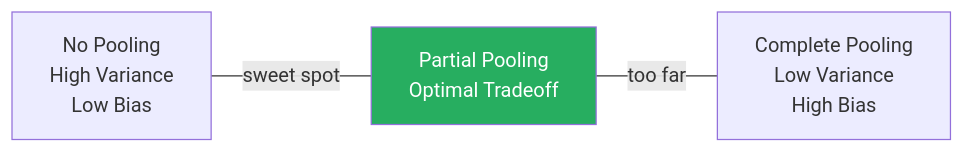
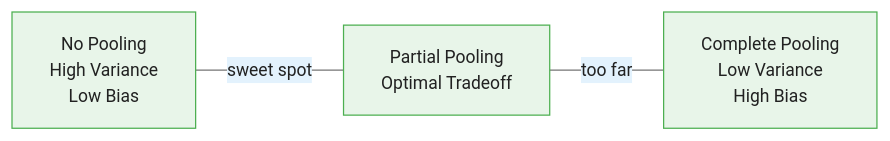
One commit to m-deane/course-creator changed the third of 4 diagrams in courses/bayesian-commodity-forecasting/modules/module_04_hierarchical/guides/01_partial_pooling_slides.md. Above: the diagram before and after it, drawn with Mermaid. The commit also changed other lines of this file and 104 other files, not shown here.

````diff
--- a/courses/bayesian-commodity-forecasting/modules/module_04_hierarchical/guides/01_partial_pooling_slides.md
+++ b/courses/bayesian-commodity-forecasting/modules/module_04_hierarchical/guides/01_partial_pooling_slides.md
@@ -253,6 +267,6 @@
 ```mermaid
+%%{init: {"theme": "base", "themeVariables": {"primaryColor": "#e8f5e9", "primaryBorderColor": "#4caf50", "primaryTextColor": "#212121", "secondaryColor": "#e3f2fd", "tertiaryColor": "#fff8e1", "lineColor": "#757575", "fontFamily": "Inter, sans-serif", "fontSize": "14px"}}}%%
 flowchart LR
     NP["No Pooling\nHigh Variance\nLow Bias"] ---|"sweet spot"| PP["Partial Pooling\nOptimal Tradeoff"]
     PP ---|"too far"| CP["Complete Pooling\nLow Variance\nHigh Bias"]
-    style PP fill:#27ae60,color:#fff
 ```
````
